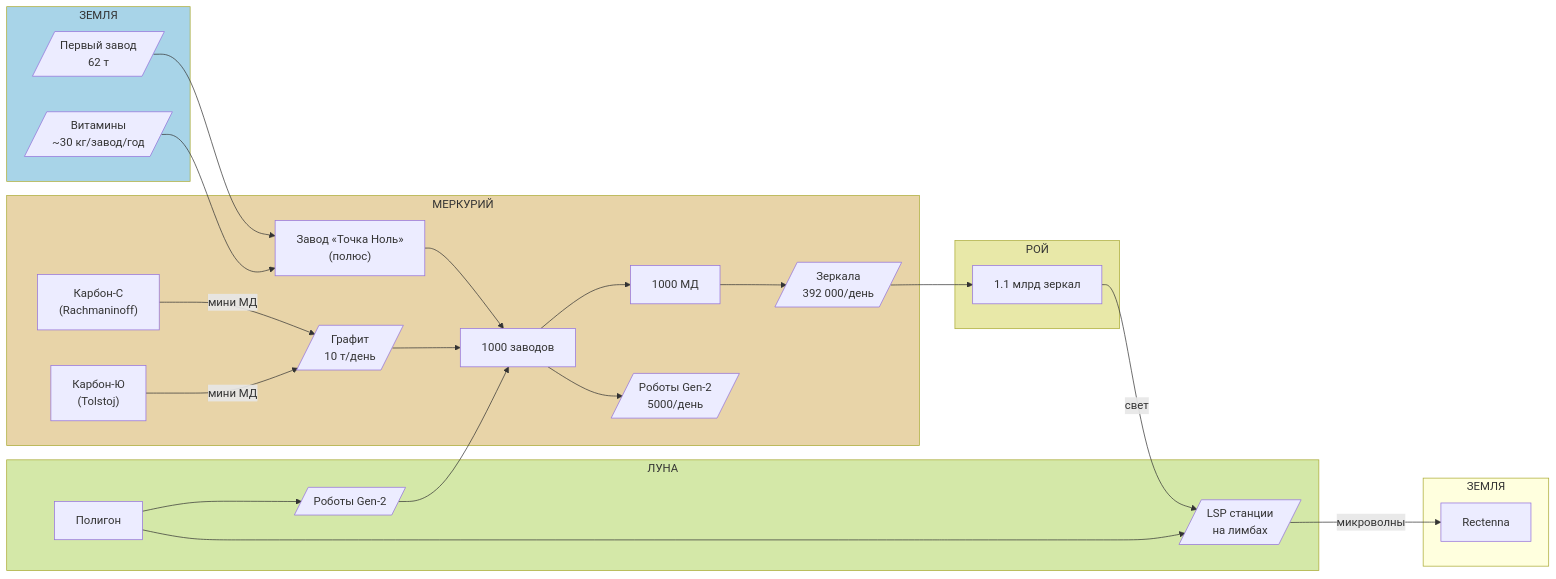
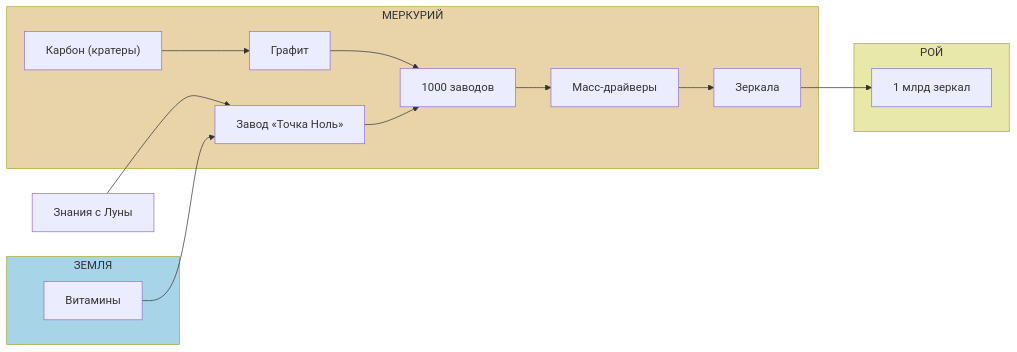
Before and after one commit to DmitryNasikanov/infinite-energy: the second of 4 diagrams in ru/science/detailed/production.qmd, drawn with Mermaid. The commit also changed other lines of this file and 16 other files, not shown here.

````diff
--- a/ru/science/detailed/production.qmd
+++ b/ru/science/detailed/production.qmd
@@ -20,53 +46,34 @@
 ```{mermaid}
+%%| fig-width: 10
 flowchart LR
+    ЗНАНИЯ["Знания с Луны"] --> M1
+
     subgraph ЗЕМЛЯ["ЗЕМЛЯ"]
-        E1[/"Первый завод<br/>62 т"/]
-        E2[/"Витамины<br/>~30 кг/завод/год"/]
+        E2["Витамины"]
     end
 
     subgraph МЕРКУРИЙ["МЕРКУРИЙ"]
-        M1["Завод «Точка Ноль»<br/>(полюс)"]
+        M1["Завод «Точка Ноль»"]
         M2["1000 заводов"]
-        M2a["1000 МД"]
-        M3[/"Зеркала<br/>392 000/день"/]
-        M4[/"Роботы Gen-2<br/>5000/день"/]
-        MC1["Карбон-С<br/>(Rachmaninoff)"]
-        MC2["Карбон-Ю<br/>(Tolstoj)"]
-        MG[/"Графит<br/>10 т/день"/]
-    end
-
-    subgraph ЛУНА["ЛУНА"]
-        L1["Полигон"]
-        L3[/"Роботы Gen-2"/]
-        L4[/"LSP станции<br/>на лимбах"/]
+        M2a["Масс-драйверы"]
+        M3["Зеркала"]
+        MC["Карбон (кратеры)"]
+        MG["Графит"]
     end
 
     subgraph РОЙ["РОЙ"]
-        R1["1.1 млрд зеркал"]
+        R1["1 млрд зеркал"]
     end
 
-    subgraph ЗЕМЛЯ2["ЗЕМЛЯ"]
-        H1["Rectenna"]
-    end
-
-    E1 --> M1
     E2 --> M1
     M1 --> M2
     M2 --> M2a
-    M2 --> M4
     M2a --> M3
     M3 --> R1
-    R1 -->|свет| L4
-    L1 --> L3
-    L1 --> L4
-    L3 --> M2
-    L4 -->|микроволны| H1
-    MC1 -->|мини МД| MG
-    MC2 -->|мини МД| MG
+    MC --> MG
     MG --> M2
 
     style ЗЕМЛЯ fill:#a8d4e8
     style МЕРКУРИЙ fill:#e8d4a8
-    style ЛУНА fill:#d4e8a8
     style РОЙ fill:#e8e8a8
 ```
````
